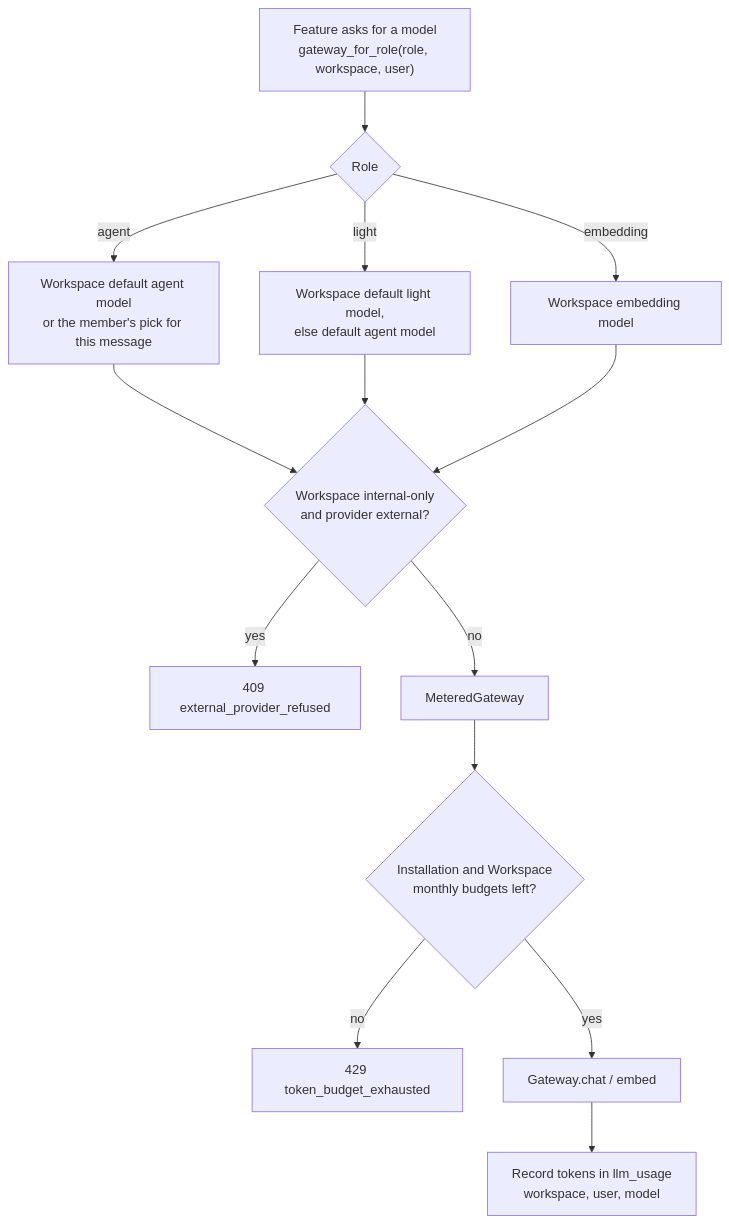
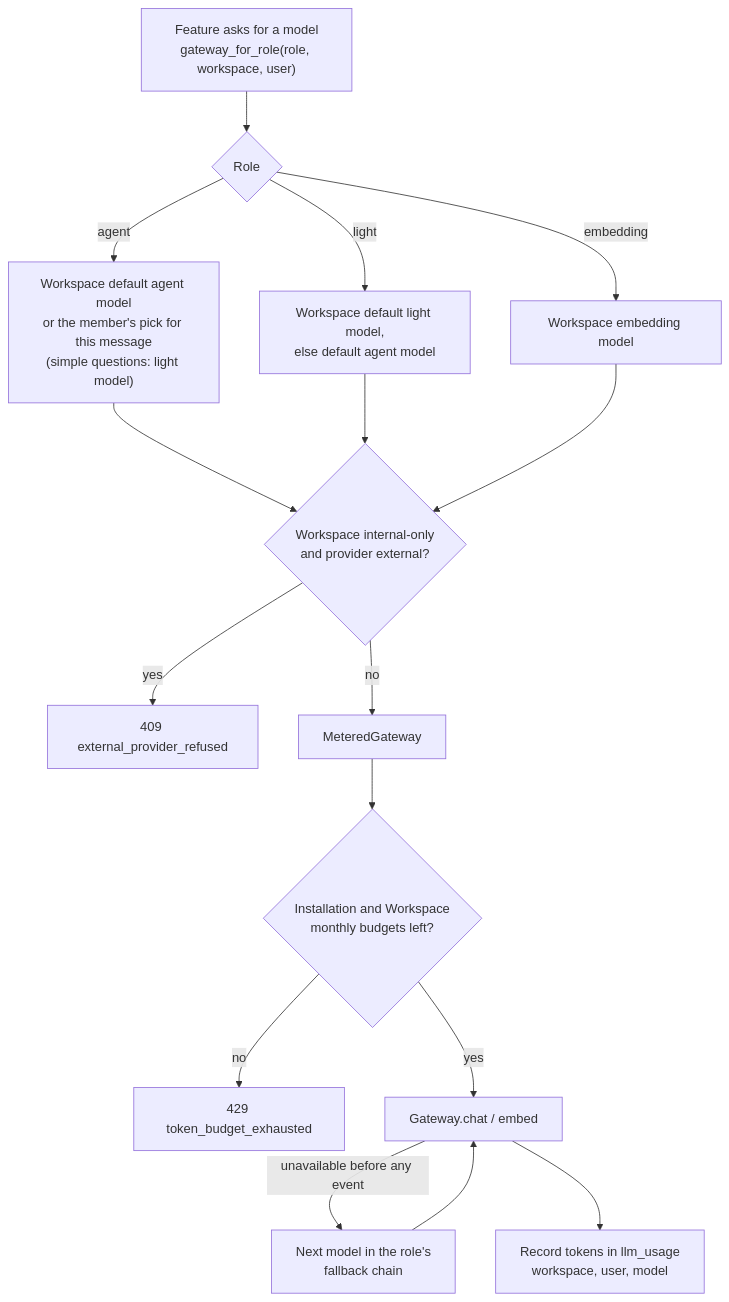
Before and after one commit to EslamAlaaZaki/dawam: the third of 14 diagrams in docs/ai-architecture.md, drawn with Mermaid. The commit also changed other lines of this file and 1 other file, not shown here.

Commit message:
docs: Epic 26 agent runtime and orchestration in the AI docs (#421)

````diff
--- a/docs/ai-architecture.md
+++ b/docs/ai-architecture.md
@@ -180,14 +185,15 @@
 ```mermaid
 flowchart TD
     F["Feature asks for a model<br/>gateway_for_role(role, workspace, user)"] --> R{"Role"}
-    R -->|agent| M1["Workspace default agent model<br/>or the member's pick for this message"]
+    R -->|agent| M1["Workspace default agent model<br/>or the member's pick for this message<br/>(simple questions: light model)"]
     R -->|light| M2["Workspace default light model,<br/>else default agent model"]
     R -->|embedding| M3["Workspace embedding model"]
     M1 & M2 & M3 --> IO{"Workspace internal-only<br/>and provider external?"}
     IO -->|yes| E1["409 external_provider_refused"]
     IO -->|no| MG["MeteredGateway"]
     MG --> B{"Installation and Workspace<br/>monthly budgets left?"}
     B -->|no| E2["429 token_budget_exhausted"]
     B -->|yes| CALL["Gateway.chat / embed"]
+    CALL -->|"unavailable before any event"| FB["Next model in the role's<br/>fallback chain"] --> CALL
     CALL --> U["Record tokens in llm_usage<br/>workspace, user, model"]
 ```
````
